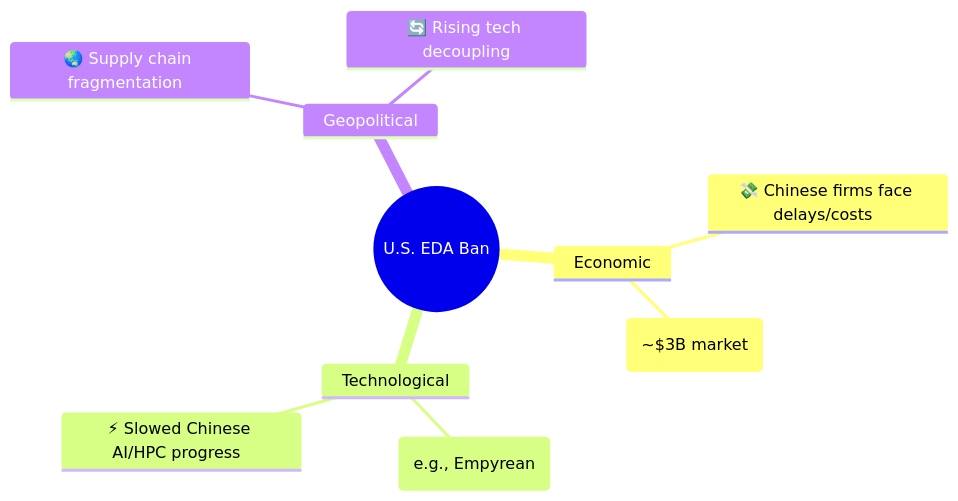
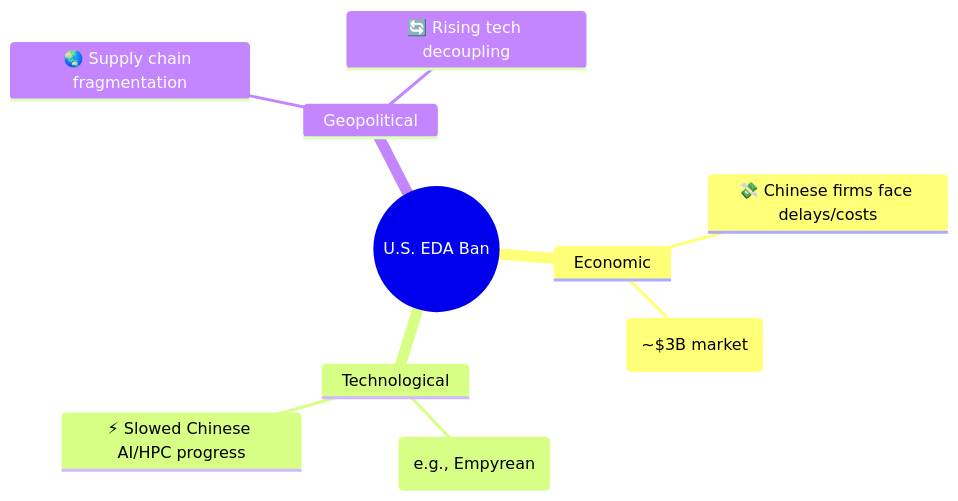
The second of 2 diagrams in others/eda-ban.md (luk036/luk036.github.io), drawn with Mermaid before and after one commit. The commit also changed other lines of this file and 152 other files, not shown here.

````diff
--- a/others/eda-ban.md
+++ b/others/eda-ban.md
@@ -33,13 +33,13 @@
 ```mermaid
 mindmap
-    root((U.S. EDA Ban))  
-        Economic  
-            💸 Chinese firms face delays/costs  
-            📈 U.S. EDA revenue loss (~$3B market)  
-        Technological  
-            🔧 Forced domestic EDA development (e.g., Empyrean)  
-            ⚡ Slowed Chinese AI/HPC progress  
-        Geopolitical  
-            🌏 Supply chain fragmentation  
+    root((U.S. EDA Ban))
+        Economic
+            💸 Chinese firms face delays/costs
+            📈 U.S. EDA revenue loss (~$3B market)
+        Technological
+            🔧 Forced domestic EDA development (e.g., Empyrean)
+            ⚡ Slowed Chinese AI/HPC progress
+        Geopolitical
+            🌏 Supply chain fragmentation
             🔄 Rising tech decoupling
 ```
````
